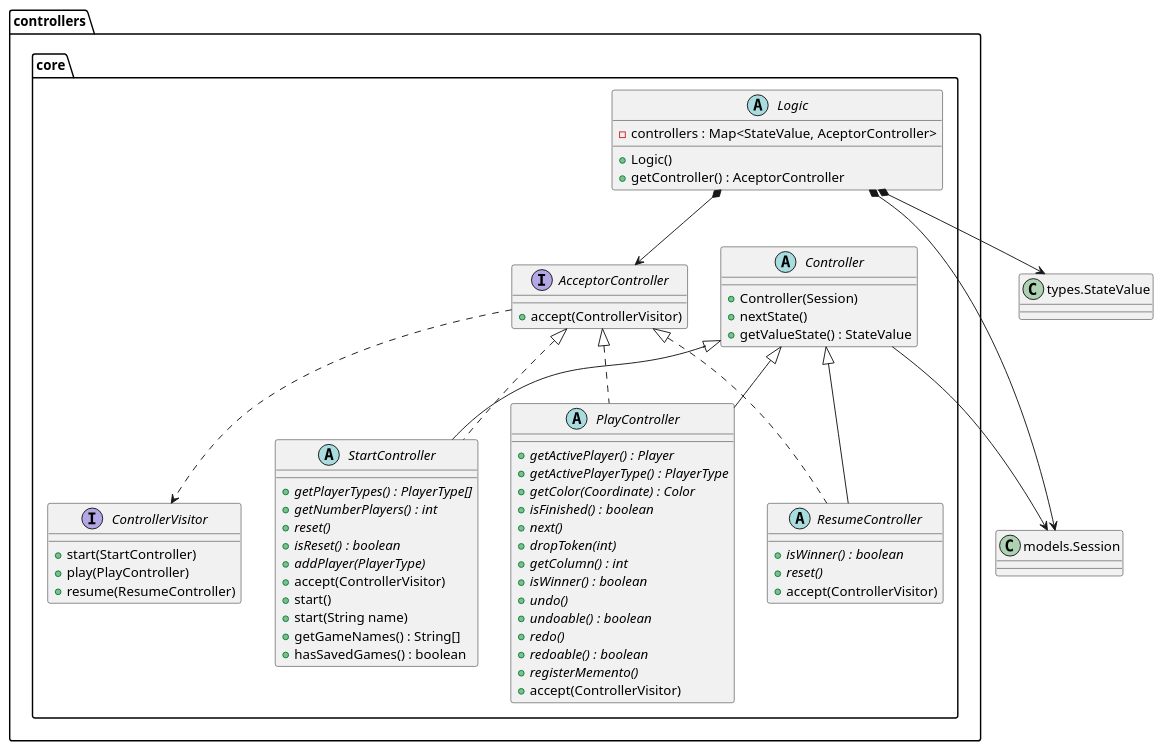
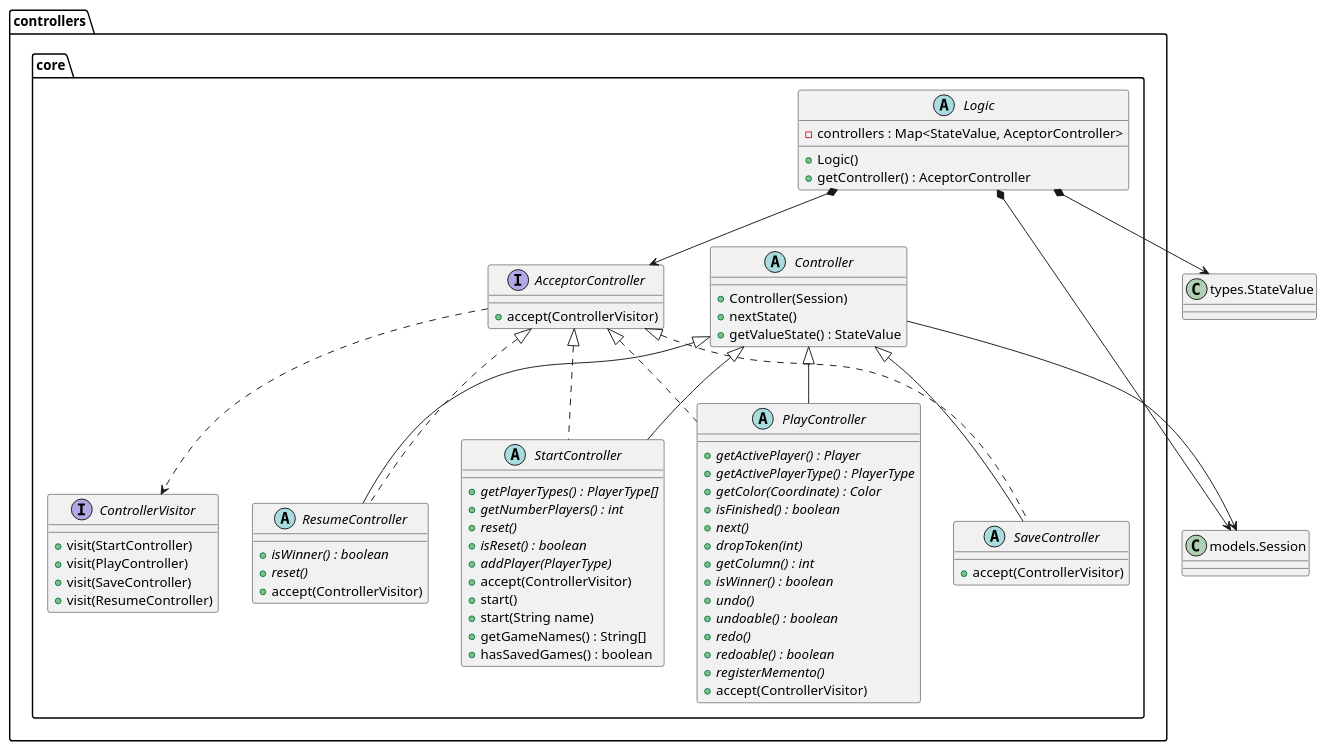
The diagram in connect4/Docs/diagrams/src/packages/connect4.connect4.controllers.core.plantuml (js-rom/connect4), drawn with PlantUML before and after one commit. The commit also changed 14 other files, not shown here.

Commit message:
feat: add save controller (acceptor controller) to core, implementation and proxies, update ControllerVisitor and implements new methods in views implementing ControllerVisitor #8

```diff
--- a/connect4/Docs/diagrams/src/packages/connect4.connect4.controllers.core.plantuml
+++ b/connect4/Docs/diagrams/src/packages/connect4.connect4.controllers.core.plantuml
@@ -1,79 +1,86 @@
 @startuml connect4.connect4.controllers.core
 
 interface controllers.core.AcceptorController {
     +accept(ControllerVisitor)
 }
 
 abstract class controllers.core.Logic {
     -controllers : Map<StateValue, AceptorController> 
     +Logic()
     +getController() : AceptorController
 }
 
 abstract class controllers.core.Controller {
     +Controller(Session)
     +nextState()
     +getValueState() : StateValue
 }
 
 abstract class controllers.core.StartController {
 
     + {abstract} getPlayerTypes() : PlayerType[]
     + {abstract} getNumberPlayers() : int
     + {abstract} reset()
     + {abstract} isReset() : boolean
     + {abstract} addPlayer(PlayerType)
     + accept(ControllerVisitor)
     + start()
     + start(String name)
     + getGameNames() : String[]
     + hasSavedGames() : boolean
 }
 
 interface controllers.core.ControllerVisitor {
-    +start(StartController)
-    +play(PlayController)
-    +resume(ResumeController)
+    +visit(StartController)
+    +visit(PlayController)
+    +visit(SaveController)
+    +visit(ResumeController)
 }
 
 abstract class controllers.core.PlayController{
     + {abstract} getActivePlayer() : Player
     + {abstract} getActivePlayerType() : PlayerType
     + {abstract} getColor(Coordinate) : Color
     + {abstract} isFinished() : boolean
     + {abstract} next()
     + {abstract} dropToken(int)
     + {abstract} getColumn() : int
     + {abstract} isWinner() : boolean
     + {abstract} undo()
     + {abstract} undoable() : boolean
     + {abstract} redo()
     + {abstract} redoable() : boolean
     + {abstract} registerMemento()
     + accept(ControllerVisitor)
 }
 
+abstract class controllers.core.SaveController{
+    + accept(ControllerVisitor)
+}
+
 abstract class controllers.core.ResumeController{
     + {abstract} isWinner() : boolean
     + {abstract} reset()
     + accept(ControllerVisitor)
 }
 
 class Session as "models.Session"
 class StateValue as "types.StateValue"
 
 AcceptorController ..> ControllerVisitor
 Controller <|-- StartController
 Controller <|-- PlayController
+Controller <|-- SaveController
 Controller <|-- ResumeController
 AcceptorController <|.. StartController
 AcceptorController <|.. PlayController
+AcceptorController <|.. SaveController
 AcceptorController <|.. ResumeController
 
 Logic *--> Session
 Logic *--> AcceptorController
 Logic *--> StateValue
 
 Controller --> Session
 
 @enduml
```
